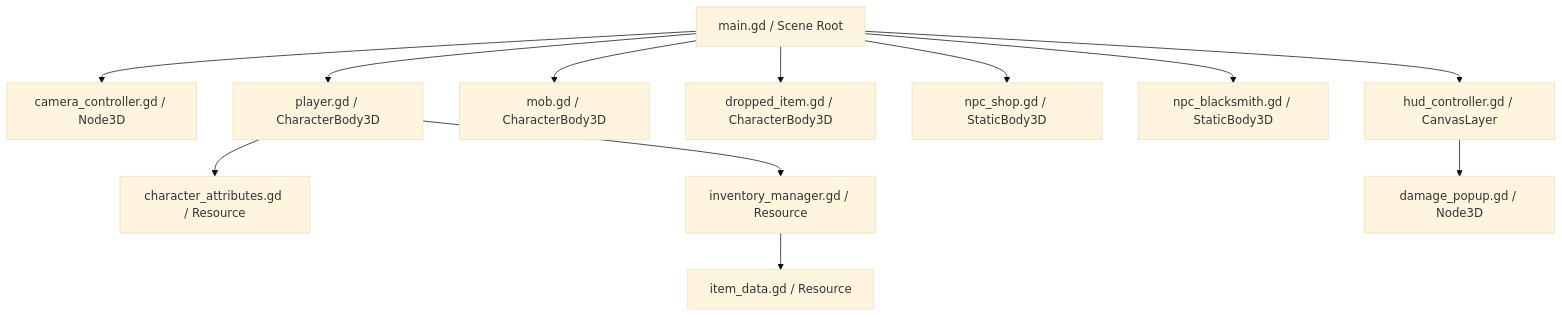
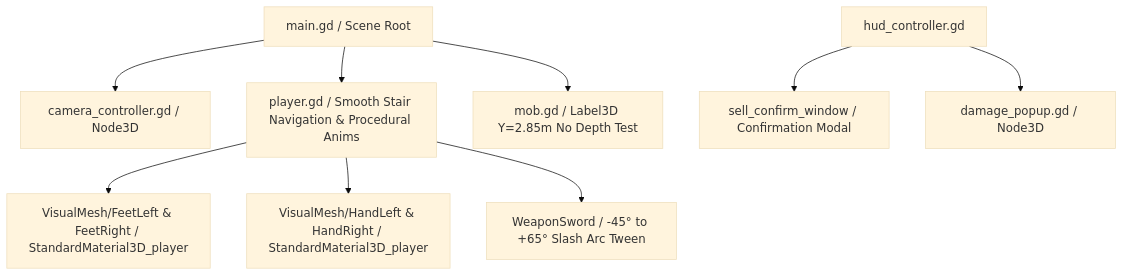
One commit to CristoferBernado/Aeon-Fantasy changed the diagram in CONTEXT.md. Above: the diagram before and after it, drawn with Mermaid (base theme). The commit also changed other lines of this file and 9 other files, not shown here.

````diff
--- a/CONTEXT.md
+++ b/CONTEXT.md
@@ -11,15 +11,11 @@
 ```mermaid
 graph TD
     Main[main.gd / Scene Root] --> CameraRig[camera_controller.gd / Node3D]
-    Main --> Player[player.gd / CharacterBody3D]
-    Main --> Mob[mob.gd / CharacterBody3D]
-    Main --> DroppedItem[dropped_item.gd / CharacterBody3D]
-    Main --> NPCShop[npc_shop.gd / StaticBody3D]
-    Main --> NPCBlacksmith[npc_blacksmith.gd / StaticBody3D]
-    Main --> HUD[hud_controller.gd / CanvasLayer]
-    
-    Player --> CharacterAttributes[character_attributes.gd / Resource]
-    Player --> InventoryManager[inventory_manager.gd / Resource]
-    InventoryManager --> ItemData[item_data.gd / Resource]
+    Main --> Player[player.gd / Smooth Stair Navigation & Procedural Anims]
+    Player --> FeetSwing[VisualMesh/FeetLeft & FeetRight / StandardMaterial3D_player]
+    Player --> HandSwing[VisualMesh/HandLeft & HandRight / StandardMaterial3D_player]
+    Player --> SwordSlash[WeaponSword / -45° to +65° Slash Arc Tween]
+    Main --> SaeronBoss[mob.gd / Label3D Y=2.85m No Depth Test]
+    HUD[hud_controller.gd] --> SellConfirmDialog[sell_confirm_window / Confirmation Modal]
     HUD --> DamagePopup[damage_popup.gd / Node3D]
 ```
````
